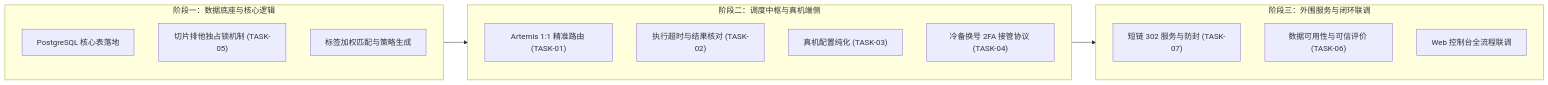
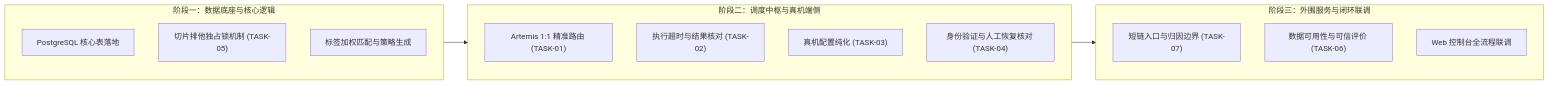
One commit to linghuxj/SocialGrowth changed the diagram in docs/handoff/2026-09-19-aligned-business-spec.md. Above: the diagram before and after it, drawn with Mermaid. The commit also changed other lines of this file and 19 other files, not shown here.

````diff
--- a/docs/handoff/2026-09-19-aligned-business-spec.md
+++ b/docs/handoff/2026-09-19-aligned-business-spec.md
@@ -45,23 +45,23 @@
 ```mermaid
 flowchart LR
     subgraph Phase1 ["阶段一：数据底座与核心逻辑"]
         P1A["PostgreSQL 核心表落地"]
         P1B["切片排他独占锁机制 (TASK-05)"]
         P1C["标签加权匹配与策略生成"]
     end
 
     subgraph Phase2 ["阶段二：调度中枢与真机端侧"]
         P2A["Artemis 1:1 精准路由 (TASK-01)"]
         P2B["执行超时与结果核对 (TASK-02)"]
         P2C["真机配置纯化 (TASK-03)"]
-        P2D["冷备换号 2FA 接管协议 (TASK-04)"]
+        P2D["身份验证与人工恢复核对 (TASK-04)"]
     end
 
     subgraph Phase3 ["阶段三：外围服务与闭环联调"]
-        P3A["短链 302 服务与防封 (TASK-07)"]
+        P3A["短链入口与归因边界 (TASK-07)"]
         P3B["数据可用性与可信评价 (TASK-06)"]
         P3C["Web 控制台全流程联调"]
     end
 
     Phase1 --> Phase2 --> Phase3
 ```
````
